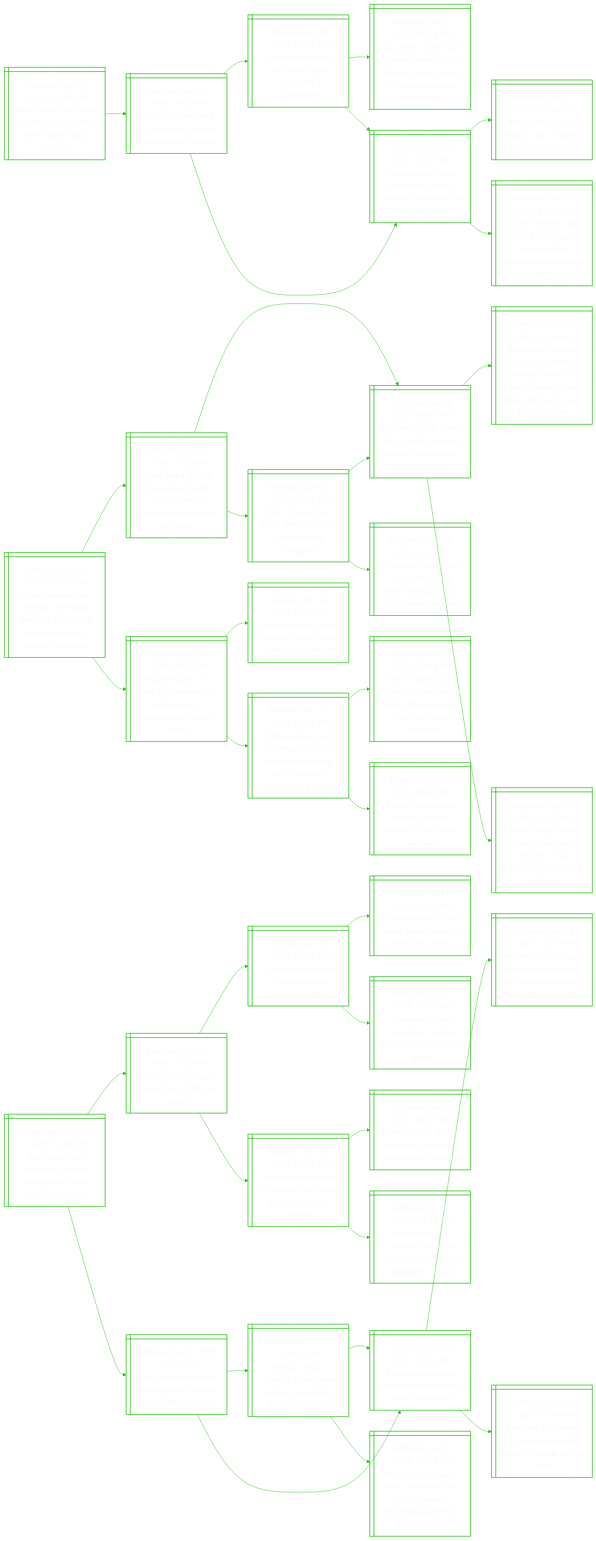
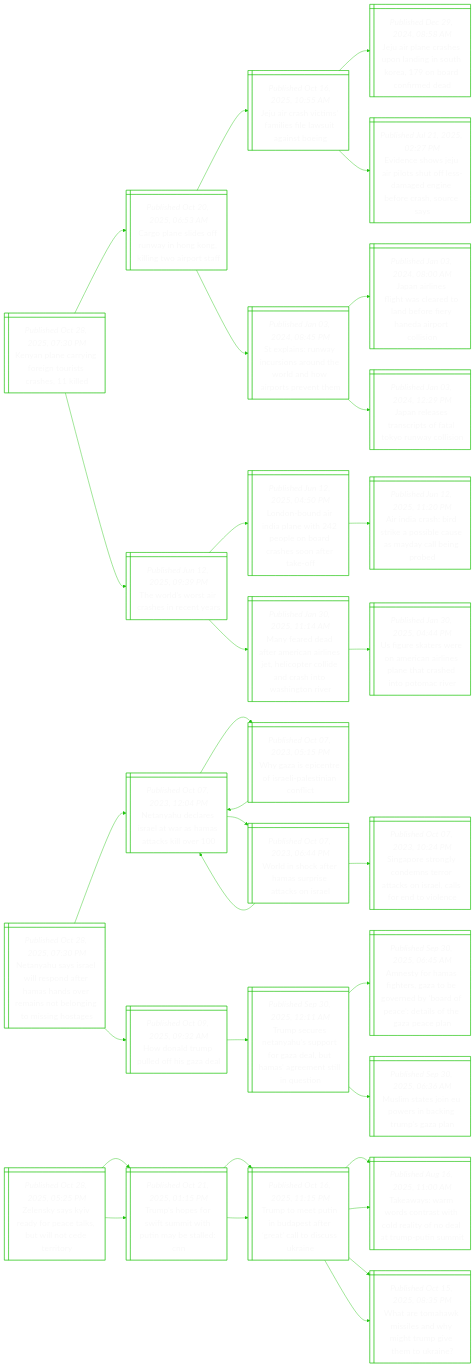
The diagram in README.md (notJmes/notJmes), drawn with Mermaid before and after one commit. The commit also changed other lines of this file, not shown here.

````diff
--- a/README.md
+++ b/README.md
@@ -16,115 +16,106 @@
 flowchart LR
 classDef txtsize font-size:20px;
 
-Ilcleeilthtpe@{ shape: win-pane, label: "_Published Oct 28, 2025, 03:45 PM_
-Israeli forces kill three palestinian militants in the west bank, police say" }
-SrsioaginBir@{ shape: win-pane, label: "_Published Jun 28, 2025, 09:05 PM_
-Six israelis detained for attacking soldiers in west bank: military" }
-Iltrennplsa@{ shape: win-pane, label: "_Published Jun 26, 2025, 05:35 AM_
-Israeli settlers raid west bank town, troops kill 3 palestinians" }
-YtocrfrhGslignof@{ shape: win-pane, label: "_Published Jun 19, 2025, 08:51 PM_
-‘you either come back carrying food, or in a shroud’: gazans make life-risking journeys to seek food" }
-Iltaenpsosotfs@{ shape: win-pane, label: "_Published Jun 18, 2025, 07:20 PM_
-Israel military raids west bank camps, pressing offensives on multiple fronts" }
-Iltaenpsosotfs@{ shape: win-pane, label: "_Published Jun 18, 2025, 07:20 PM_
-Israel military raids west bank camps, pressing offensives on multiple fronts" }
+Kneyonirse@{ shape: win-pane, label: "_Published Oct 28, 2025, 07:30 PM_
+Kenyan plane carrying foreign tourists crashes, 11 killed" }
+Cpssuigknarf@{ shape: win-pane, label: "_Published Oct 20, 2025, 06:53 AM_
+Cargo plane slides off runway in hong kong, killing two airport staff" }
+JistaeeuaBg@{ shape: win-pane, label: "_Published Oct 16, 2025, 10:55 AM_
+Jeju air crash victims’ families file lawsuit against boeing" }
+Jinspniteooma@{ shape: win-pane, label: "_Published Dec 29, 2024, 08:58 AM_
+Jeju air plane crashes upon landing in south korea, 179 on board confirmed dead" }
+Enojpsosanbehcs@{ shape: win-pane, label: "_Published Jul 21, 2025, 02:27 PM_
+Evidence shows jeju air pilots shut off less-damaged engine before crash, source says" }
+SlRyrsnwawort@{ shape: win-pane, label: "_Published Jan 03, 2024, 08:45 PM_
+St explains: runway incursions around the world and how airports prevent them" }
+JAniaaobeydpoi@{ shape: win-pane, label: "_Published Jan 03, 2024, 08:00 AM_
+Japan airlines flight was cleared to land before fiery haneda airport collision" }
+Jrsaifloaln@{ shape: win-pane, label: "_Published Jan 03, 2024, 12:29 PM_
+Japan releases transcripts of fatal tokyo runway collision" }
+Troisnnr@{ shape: win-pane, label: "_Published Jun 12, 2025, 09:39 PM_
+The world’s worst air crashes in recent years" }
+Lndnliondhoee@{ shape: win-pane, label: "_Published Jun 12, 2025, 04:50 PM_
+London-bound air india plane with 242 people on board crashes soon after take-off" }
+Adariolsacer@{ shape: win-pane, label: "_Published Jun 12, 2025, 11:20 PM_
+Air india crash: bird strike a possible cause as mayday call being probed" }
+Medfmaljltlaathoe@{ shape: win-pane, label: "_Published Jan 30, 2025, 11:14 AM_
+Many feared dead after american airlines jet, helicopter collide and crash into washington river" }
+Uuawniienthtoi@{ shape: win-pane, label: "_Published Jan 30, 2025, 04:44 PM_
+Us figure skaters were on american airlines plane that crashed into potomac river" }
+
+Kneyonirse:::txtsize --> Cpssuigknarf:::txtsize
+Cpssuigknarf:::txtsize --> JistaeeuaBg:::txtsize
+JistaeeuaBg:::txtsize --> Jinspniteooma:::txtsize
+JistaeeuaBg:::txtsize --> Enojpsosanbehcs:::txtsize
+Cpssuigknarf:::txtsize --> SlRyrsnwawort:::txtsize
+SlRyrsnwawort:::txtsize --> JAniaaobeydpoi:::txtsize
+SlRyrsnwawort:::txtsize --> Jrsaifloaln:::txtsize
+Kneyonirse:::txtsize --> Troisnnr:::txtsize
+Troisnnr:::txtsize --> Lndnliondhoee:::txtsize
+Lndnliondhoee:::txtsize --> Adariolsacer:::txtsize
+Troisnnr:::txtsize --> Medfmaljltlaathoe:::txtsize
+Medfmaljltlaathoe:::txtsize --> Uuawniienthtoi:::txtsize
+
+NyarisaHhoeseimnt@{ shape: win-pane, label: "_Published Oct 28, 2025, 07:30 PM_
+Netanyahu says israel will respond after hamas hands over remains not belonging to missing hostages" }
 NyeeawHakl@{ shape: win-pane, label: "_Published Oct 07, 2023, 12:04 PM_
 Netanyahu declares israel at war as hamas attacks kill over 100" }
-Iltrenlloenoal@{ shape: win-pane, label: "_Published May 24, 2025, 12:36 AM_
-Israeli settlers raid west bank village, close to where pregnant woman was killed" }
+WzptIleint@{ shape: win-pane, label: "_Published Oct 07, 2023, 05:15 PM_
+Why gaza is epicentre of israeli-palestinian conflict" }
+NyeeawHakl@{ shape: win-pane, label: "_Published Oct 07, 2023, 12:04 PM_
+Netanyahu declares israel at war as hamas attacks kill over 100" }
+Wiceapaks@{ shape: win-pane, label: "_Published Oct 07, 2023, 06:44 PM_
+World in shock after hamas surprise attacks on israel" }
+NyeeawHakl@{ shape: win-pane, label: "_Published Oct 07, 2023, 12:04 PM_
+Netanyahu declares israel at war as hamas attacks kill over 100" }
+SptldtrcIlsnic@{ shape: win-pane, label: "_Published Oct 07, 2023, 10:24 PM_
+Singapore strongly condemns terror attacks on israel, calls for end to violence" }
+Hnruosd@{ shape: win-pane, label: "_Published Oct 09, 2025, 09:32 AM_
+How donald trump pulled off his gaza deal" }
+Tseaupoabmrnluo@{ shape: win-pane, label: "_Published Sep 30, 2025, 12:11 AM_
+Trump secures netanyahu’s support for gaza deal, but hamas’ agreement still in question" }
+AtHfezerydatoGel@{ shape: win-pane, label: "_Published Sep 30, 2025, 06:45 AM_
+Amnesty for hamas fighters, gaza to be governed by ‘board of peace’: details of the gaza peace plan" }
+Mmenwniuaa@{ shape: win-pane, label: "_Published Sep 30, 2025, 06:36 AM_
+Muslim states join eu powers in backing trump’s gaza plan" }
 
-Ilcleeilthtpe:::txtsize --> SrsioaginBir:::txtsize
-SrsioaginBir:::txtsize --> Iltrennplsa:::txtsize
-Iltrennplsa:::txtsize --> YtocrfrhGslignof:::txtsize
-Iltrennplsa:::txtsize --> Iltaenpsosotfs:::txtsize
-SrsioaginBir:::txtsize --> Iltaenpsosotfs:::txtsize
-Iltaenpsosotfs:::txtsize --> NyeeawHakl:::txtsize
-Iltaenpsosotfs:::txtsize --> Iltrenlloenoal:::txtsize
+NyarisaHhoeseimnt:::txtsize --> NyeeawHakl:::txtsize
+NyeeawHakl:::txtsize --> WzptIleint:::txtsize
+WzptIleint:::txtsize --> NyeeawHakl:::txtsize
+NyeeawHakl:::txtsize --> Wiceapaks:::txtsize
+Wiceapaks:::txtsize --> NyeeawHakl:::txtsize
+Wiceapaks:::txtsize --> SptldtrcIlsnic:::txtsize
+NyarisaHhoeseimnt:::txtsize --> Hnruosd:::txtsize
+Hnruosd:::txtsize --> Tseaupoabmrnluo:::txtsize
+Tseaupoabmrnluo:::txtsize --> AtHfezerydatoGel:::txtsize
+Tseaupoabmrnluo:::txtsize --> Mmenwniuaa:::txtsize
 
-CyeonedkUetpnayc@{ shape: win-pane, label: "_Published Oct 28, 2025, 02:00 PM_
-Creepy masked trio behind attempted ‘break in’ in us were relatives pulling a prank, say police" }
-Yffsbhjnafltg@{ shape: win-pane, label: "_Published Oct 06, 2025, 11:35 AM_
-Youth fined $3,500 for posting bomb threat ‘joke’ on instagram from plane at changi" }
-MobhwonnAabr@{ shape: win-pane, label: "_Published Jun 04, 2025, 06:09 PM_
-Man who made bomb threat while on plane bound for abu dhabi to be charged" }
-Aaceeelimeocltaucp@{ shape: win-pane, label: "_Published Oct 14, 2023, 07:46 AM_
-Australian charged after repeatedly saying ‘bomb’ on perth-bound scoot flight that had to turn back to s’pore" }
-Mawoardtbidpe@{ shape: win-pane, label: "_Published Nov 26, 2024, 12:33 AM_
-Man charged with bomb hoax over incident at us embassy in london, uk police say" }
-Maooraplnge@{ shape: win-pane, label: "_Published Jun 05, 2025, 11:05 AM_
-Man charged over bomb threat made on plane leaving singapore" }
-MobhwonnAabr@{ shape: win-pane, label: "_Published Jun 04, 2025, 06:09 PM_
-Man who made bomb threat while on plane bound for abu dhabi to be charged" }
-msfnamebSftde@{ shape: win-pane, label: "_Published Dec 22, 2023, 03:24 PM_
-6 months’ jail for man who made bomb threat on board scoot flight bound for perth" }
-Teratrlnutiek@{ shape: win-pane, label: "_Published Dec 24, 2024, 04:25 PM_
-Two teenagers, 15 and 16, arrested for involvement in queenstown bicycle prank" }
-PeisiekroQs@{ shape: win-pane, label: "_Published Dec 20, 2024, 06:30 PM_
-Police probing case of bicycles parked across road in queenstown" }
-ChnhstaaevniinnGn@{ shape: win-pane, label: "_Published Dec 23, 2024, 04:31 PM_
-Cabby helping with investigations after accident involving taxi, 2 cyclists in serangoon gardens" }
-MaoldlcslvgtfNlw@{ shape: win-pane, label: "_Published Nov 07, 2024, 03:41 PM_
-Man charged over allegedly killing cyclist while driving against traffic on nicoll highway" }
-Biafudolnui@{ shape: win-pane, label: "_Published Sep 02, 2024, 06:00 PM_
-Bus driver jailed for causing death of cyclist, 18, in yishun accident" }
+Zsyvyeaulerr@{ shape: win-pane, label: "_Published Oct 28, 2025, 05:25 PM_
+Zelensky says kyiv ready for peace talks, but will not cede territory" }
+Tsswuwuatd@{ shape: win-pane, label: "_Published Oct 21, 2025, 01:15 PM_
+Trump’s hopes for swift summit with putin may be stalled: cnn" }
+Tttndtrttcke@{ shape: win-pane, label: "_Published Oct 16, 2025, 11:15 PM_
+Trump to meet putin in budapest after ‘great’ call to discuss ukraine" }
+Twarntceydtpni@{ shape: win-pane, label: "_Published Aug 16, 2025, 11:00 AM_
+Takeaways: warm words contrast with cold reality of no deal at trump-putin summit" }
+Wramldirieke@{ shape: win-pane, label: "_Published Oct 15, 2025, 08:35 PM_
+What are tomahawk missiles and why might trump give them to ukraine?" }
+Tsswuwuatd@{ shape: win-pane, label: "_Published Oct 21, 2025, 01:15 PM_
+Trump’s hopes for swift summit with putin may be stalled: cnn" }
+Tttndtrttcke@{ shape: win-pane, label: "_Published Oct 16, 2025, 11:15 PM_
+Trump to meet putin in budapest after ‘great’ call to discuss ukraine" }
+Twarntceydtpni@{ shape: win-pane, label: "_Published Aug 16, 2025, 11:00 AM_
+Takeaways: warm words contrast with cold reality of no deal at trump-putin summit" }
+Wramldirieke@{ shape: win-pane, label: "_Published Oct 15, 2025, 08:35 PM_
+What are tomahawk missiles and why might trump give them to ukraine?" }
 
-CyeonedkUetpnayc:::txtsize --> Yffsbhjnafltg:::txtsize
-Yffsbhjnafltg:::txtsize --> MobhwonnAabr:::txtsize
-MobhwonnAabr:::txtsize --> Aaceeelimeocltaucp:::txtsize
-MobhwonnAabr:::txtsize --> Mawoardtbidpe:::txtsize
-Yffsbhjnafltg:::txtsize --> Maooraplnge:::txtsize
-Maooraplnge:::txtsize --> MobhwonnAabr:::txtsize
-Maooraplnge:::txtsize --> msfnamebSftde:::txtsize
-CyeonedkUetpnayc:::txtsize --> Teratrlnutiek:::txtsize
-Teratrlnutiek:::txtsize --> PeisiekroQs:::txtsize
-Teratrlnutiek:::txtsize --> ChnhstaaevniinnGn:::txtsize
-ChnhstaaevniinnGn:::txtsize --> MaoldlcslvgtfNlw:::txtsize
-ChnhstaaevniinnGn:::txtsize --> Biafudolnui:::txtsize
-
-Roaritdpysit@{ shape: win-pane, label: "_Published Oct 28, 2025, 01:20 PM_
-Rush-hour train service in scotland disrupted by swan swanning on track" }
-Adpgeifnc@{ shape: win-pane, label: "_Published Oct 27, 2025, 11:45 PM_
-Arson disrupts high-speed train traffic in france" }
-Ctitnsssrc@{ shape: win-pane, label: "_Published Jun 25, 2025, 07:29 PM_
-Cable theft in north france disrupts eurostar traffic" }
-EtauiodFfe@{ shape: win-pane, label: "_Published Jun 11, 2025, 07:04 AM_
-Eurostar plans 5-hour trains from london to frankfurt, geneva" }
-Pnsxinauaip@{ shape: win-pane, label: "_Published Jan 24, 2024, 11:32 AM_
-Passengers snub ‘expensive’ london-paris eurostar train for plane" }
-TateaeblPtso@{ shape: win-pane, label: "_Published Mar 07, 2025, 04:11 PM_
-Thousands stranded as massive wwii bomb blocks paris train station" }
-Lntluscnuac@{ shape: win-pane, label: "_Published Jan 30, 2025, 06:59 AM_
-London’s blitz shelter tunnels to become a new tourist attraction" }
-JtepaWoafrkie@{ shape: win-pane, label: "_Published Oct 04, 2024, 04:16 PM_
-Japan to sweep airports after wwii bomb blast at former ‘kamikaze’ airbase" }
-Tiiptueavrts@{ shape: win-pane, label: "_Published Jul 11, 2025, 05:45 PM_
-Train in india stops for two hours as elephant gives birth on tracks" }
-Isaotleacvier@{ shape: win-pane, label: "_Published Jul 09, 2025, 08:00 PM_
-India’s vatsala, thought to be oldest elephant in captivity, dies aged over 100" }
-Taneaiosii@{ shape: win-pane, label: "_Published Jun 03, 2025, 11:28 AM_
-Trunk-and-run: wild elephant raids grocery store in thailand" }
-Nlershorrnwgluao@{ shape: win-pane, label: "_Published Jun 10, 2025, 05:55 PM_
-Not all heroes wear capes: elephant goes viral for saving drowning gazelle at guatemala zoo" }
-Taneaiosii@{ shape: win-pane, label: "_Published Jun 03, 2025, 11:28 AM_
-Trunk-and-run: wild elephant raids grocery store in thailand" }
-MtdEatcMslletoa@{ shape: win-pane, label: "_Published May 21, 2025, 12:45 PM_
-Mammoth road rage: elephants attack car in malaysia allegedly after getting honked at" }
-Eainfondeai@{ shape: win-pane, label: "_Published Jan 19, 2025, 03:50 PM_
-Elephant frightened by fireworks knocks down 5 people at thai fair" }
-
-Roaritdpysit:::txtsize --> Adpgeifnc:::txtsize
-Adpgeifnc:::txtsize --> Ctitnsssrc:::txtsize
-Ctitnsssrc:::txtsize --> EtauiodFfe:::txtsize
-Ctitnsssrc:::txtsize --> Pnsxinauaip:::txtsize
-Adpgeifnc:::txtsize --> TateaeblPtso:::txtsize
-TateaeblPtso:::txtsize --> Lntluscnuac:::txtsize
-TateaeblPtso:::txtsize --> JtepaWoafrkie:::txtsize
-Roaritdpysit:::txtsize --> Tiiptueavrts:::txtsize
-Tiiptueavrts:::txtsize --> Isaotleacvier:::txtsize
-Isaotleacvier:::txtsize --> Taneaiosii:::txtsize
-Isaotleacvier:::txtsize --> Nlershorrnwgluao:::txtsize
-Tiiptueavrts:::txtsize --> Taneaiosii:::txtsize
-Taneaiosii:::txtsize --> MtdEatcMslletoa:::txtsize
-Taneaiosii:::txtsize --> Eainfondeai:::txtsize
+Zsyvyeaulerr:::txtsize --> Tsswuwuatd:::txtsize
+Tsswuwuatd:::txtsize --> Tttndtrttcke:::txtsize
+Tttndtrttcke:::txtsize --> Twarntceydtpni:::txtsize
+Tttndtrttcke:::txtsize --> Wramldirieke:::txtsize
+Zsyvyeaulerr:::txtsize --> Tsswuwuatd:::txtsize
+Tsswuwuatd:::txtsize --> Tttndtrttcke:::txtsize
+Tttndtrttcke:::txtsize --> Twarntceydtpni:::txtsize
+Tttndtrttcke:::txtsize --> Wramldirieke:::txtsize
 
 ```
````
